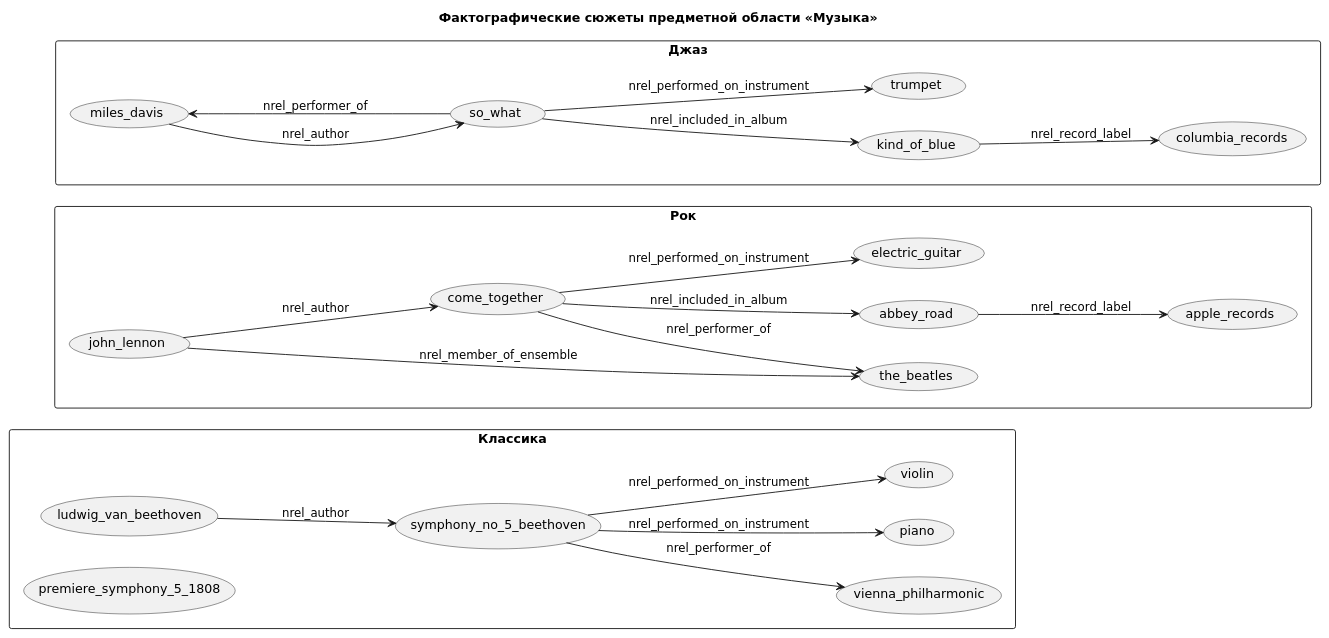
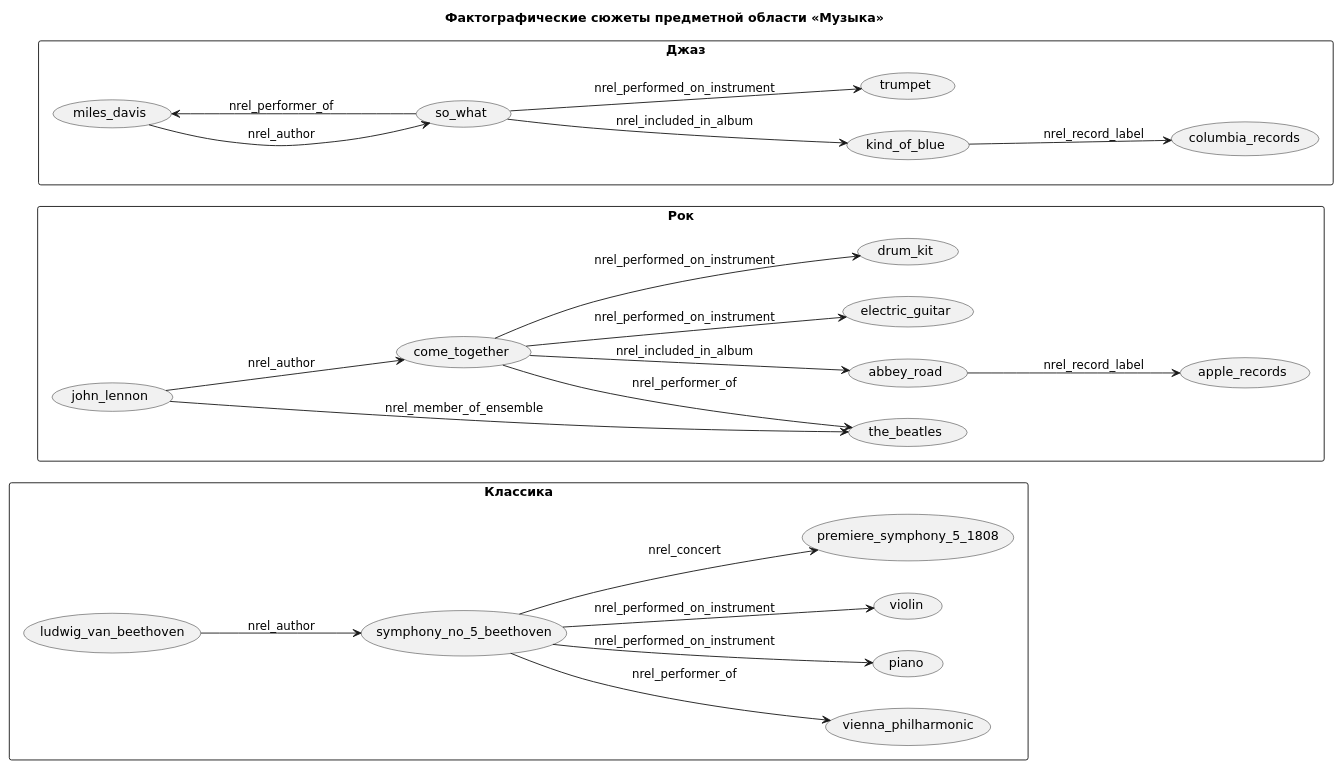
Before and after one commit to lvalukvlad/BSUIR_LABS: the diagram in course-4-1/TiISPIS/labs/lab1/tiispis-report-1/plantuml/02_facts.puml, drawn with PlantUML. The commit also changed 16 other files, not shown here.

```diff
--- a/course-4-1/TiISPIS/labs/lab1/tiispis-report-1/plantuml/02_facts.puml
+++ b/course-4-1/TiISPIS/labs/lab1/tiispis-report-1/plantuml/02_facts.puml
@@ -1,49 +1,52 @@
 @startuml
 skinparam defaultFontName DejaVu Sans
 skinparam shadowing false
 left to right direction
 
 title Фактографические сюжеты предметной области «Музыка»
 
 rectangle "Классика" {
   (ludwig_van_beethoven) as beet
   (symphony_no_5_beethoven) as s5
   (vienna_philharmonic) as vp
   (piano) as piano
   (violin) as violin
   (premiere_symphony_5_1808) as prem
   beet --> s5 : nrel_author
   s5 --> vp : nrel_performer_of
   s5 --> piano : nrel_performed_on_instrument
   s5 --> violin : nrel_performed_on_instrument
+  s5 --> prem : nrel_concert
 }
 
 rectangle "Рок" {
   (john_lennon) as jl
   (the_beatles) as tb
   (come_together) as ct
   (abbey_road) as ar
   (apple_records) as ap
   (electric_guitar) as eg
+  (drum_kit) as dk
   jl --> tb : nrel_member_of_ensemble
   jl --> ct : nrel_author
   ct --> ar : nrel_included_in_album
   ct --> tb : nrel_performer_of
   ct --> eg : nrel_performed_on_instrument
+  ct --> dk : nrel_performed_on_instrument
   ar --> ap : nrel_record_label
 }
 
 rectangle "Джаз" {
   (miles_davis) as md
   (so_what) as sw
   (kind_of_blue) as kb
   (trumpet) as tr
   (columbia_records) as col
   md --> sw : nrel_author
   sw --> kb : nrel_included_in_album
   sw --> md : nrel_performer_of
   sw --> tr : nrel_performed_on_instrument
   kb --> col : nrel_record_label
 }
 
 @enduml
```
